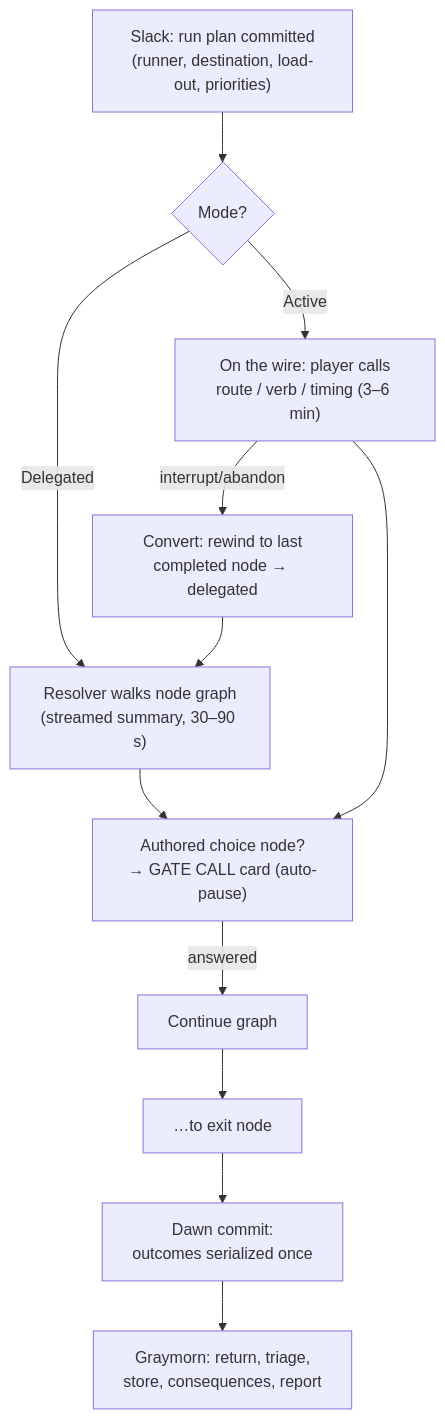
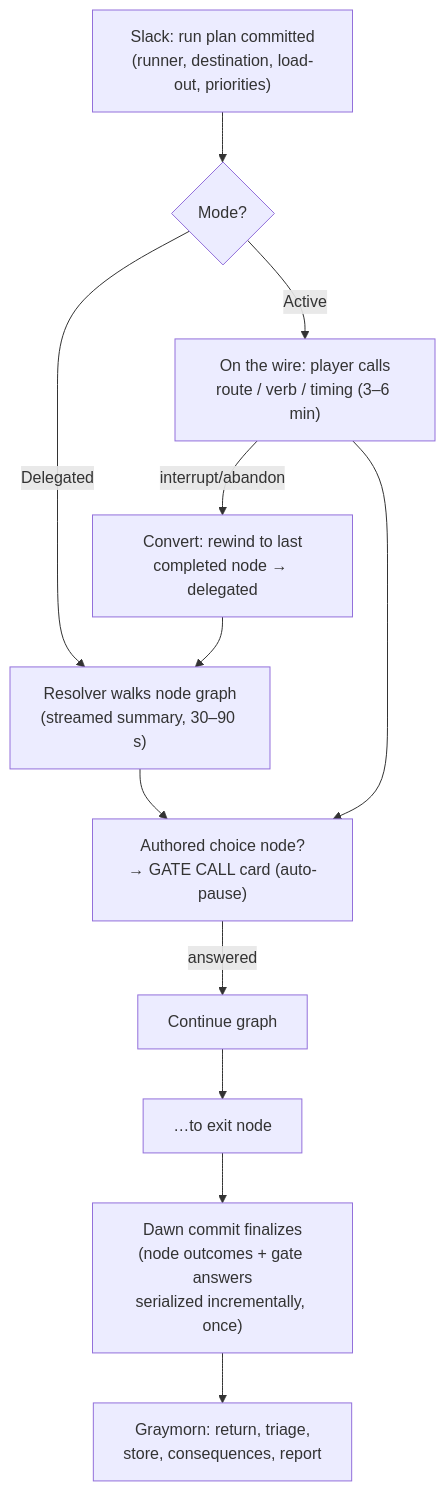
One commit to QemmHD/Signal45-Game changed the diagram in docs/design/12_PHASE_AND_SESSION_FLOW.md. Above: the diagram before and after it, drawn with Mermaid. The commit also changed other lines of this file and 10 other files, not shown here.

````diff
--- a/docs/design/12_PHASE_AND_SESSION_FLOW.md
+++ b/docs/design/12_PHASE_AND_SESSION_FLOW.md
@@ -97,14 +100,14 @@
 ```mermaid
 flowchart TD
     PLAN["Slack: run plan committed\n(runner, destination, load-out, priorities)"] --> CHOICE{Mode?}
     CHOICE -->|Delegated| DRES["Resolver walks node graph\n(streamed summary, 30–90 s)"]
     CHOICE -->|Active| ARES["On the wire: player calls\nroute / verb / timing (3–6 min)"]
     DRES --> GATE["Authored choice node?\n→ GATE CALL card (auto-pause)"]
     ARES --> GATE
     GATE -->|answered| CONT["Continue graph"]
     CONT --> DRES2["…to exit node"]
     ARES -->|interrupt/abandon| CONV["Convert: rewind to last\ncompleted node → delegated"]
     CONV --> DRES
-    DRES2 --> COMMIT["Dawn commit:\noutcomes serialized once"]
+    DRES2 --> COMMIT["Dawn commit finalizes\n(node outcomes + gate answers\nserialized incrementally, once)"]
     COMMIT --> GRAY["Graymorn: return, triage,\nstore, consequences, report"]
 ```
````
